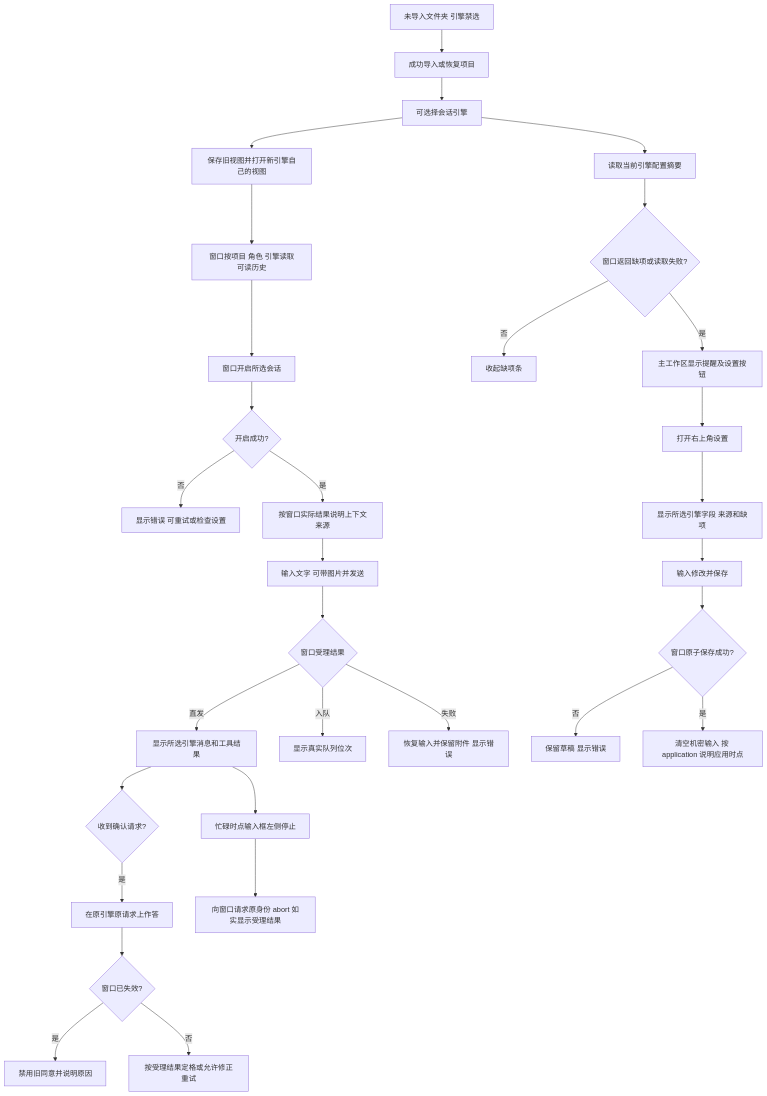
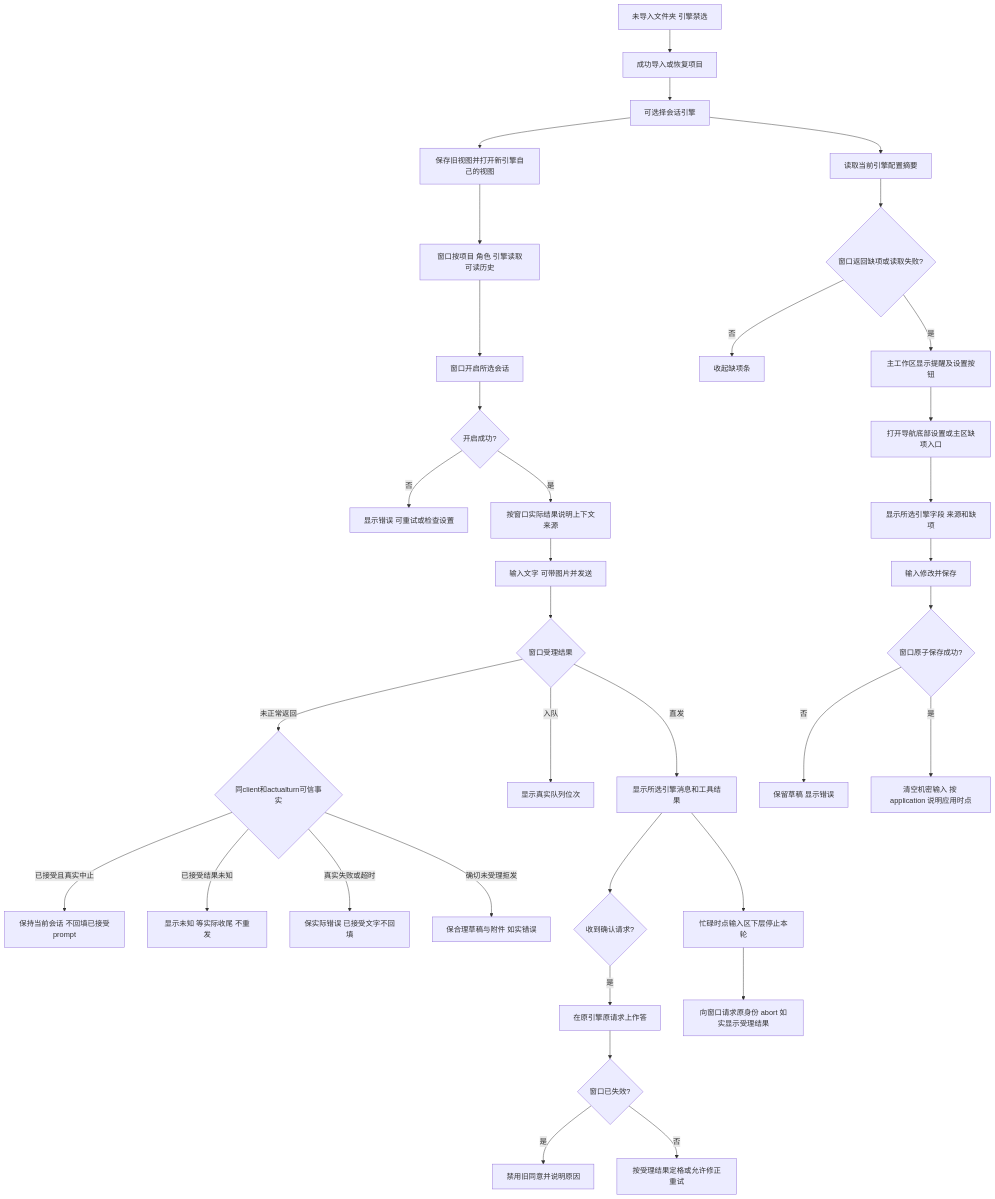
One commit to wangzhongren/ans-studio changed the first of 3 diagrams in 角色卡/桌面UI/docs/feature/runtime-choice.md. Above: the diagram before and after it, drawn with Mermaid. The commit also changed other lines of this file and 692 other files, not shown here.

````diff
--- a/角色卡/桌面UI/docs/feature/runtime-choice.md
+++ b/角色卡/桌面UI/docs/feature/runtime-choice.md
@@ -26,33 +26,37 @@
 ```mermaid
 flowchart TD
   locked[未导入文件夹 引擎禁选] --> import[成功导入或恢复项目]
   import --> choose[可选择会话引擎]
   choose --> summary[读取当前引擎配置摘要]
   summary --> incomplete{窗口返回缺项或读取失败?}
   incomplete -->|是| notice[主工作区显示提醒及设置按钮]
   notice --> settings
   incomplete -->|否| hide[收起缺项条]
   choose --> own[保存旧视图并打开新引擎自己的视图]
   own --> history[窗口按项目 角色 引擎读取可读历史]
   history --> open[窗口开启所选会话]
   open --> ok{开启成功?}
   ok -->|否| failed[显示错误 可重试或检查设置]
   ok -->|是| context[按窗口实际结果说明上下文来源]
   context --> send[输入文字 可带图片并发送]
   send --> result{窗口受理结果}
   result -->|直发| stream[显示所选引擎消息和工具结果]
   result -->|入队| queue[显示真实队列位次]
-  result -->|失败| draft[恢复输入并保留附件 显示错误]
+  result -->|未正常返回| facts{同client和actualturn可信事实}
+  facts -->|已接受且真实中止| keep[保持当前会话 不回填已接受prompt]
+  facts -->|已接受结果未知| unknown[显示未知 等实际收尾 不重发]
+  facts -->|真实失败或超时| failure[保实际错误 已接受文字不回填]
+  facts -->|确切未受理拒发| draft[保合理草稿与附件 如实错误]
   stream --> confirm{收到确认请求?}
   confirm -->|是| answer[在原引擎原请求上作答]
   answer --> expired{窗口已失效?}
   expired -->|是| disabled[禁用旧同意并说明原因]
   expired -->|否| receipt[按受理结果定格或允许修正重试]
-  stream --> stop[忙碌时点输入框左侧停止]
+  stream --> stop[忙碌时点输入区下层停止本轮]
   stop --> abort[向窗口请求原身份 abort 如实显示受理结果]
-  settings[打开右上角设置] --> masked[显示所选引擎字段 来源和缺项]
+  settings[打开导航底部设置或主区缺项入口] --> masked[显示所选引擎字段 来源和缺项]
   masked --> save[输入修改并保存]
   save --> saved{窗口原子保存成功?}
   saved -->|否| retry[保留草稿 显示错误]
   saved -->|是| timing[清空机密输入 按 application 说明应用时点]
 ```
````
